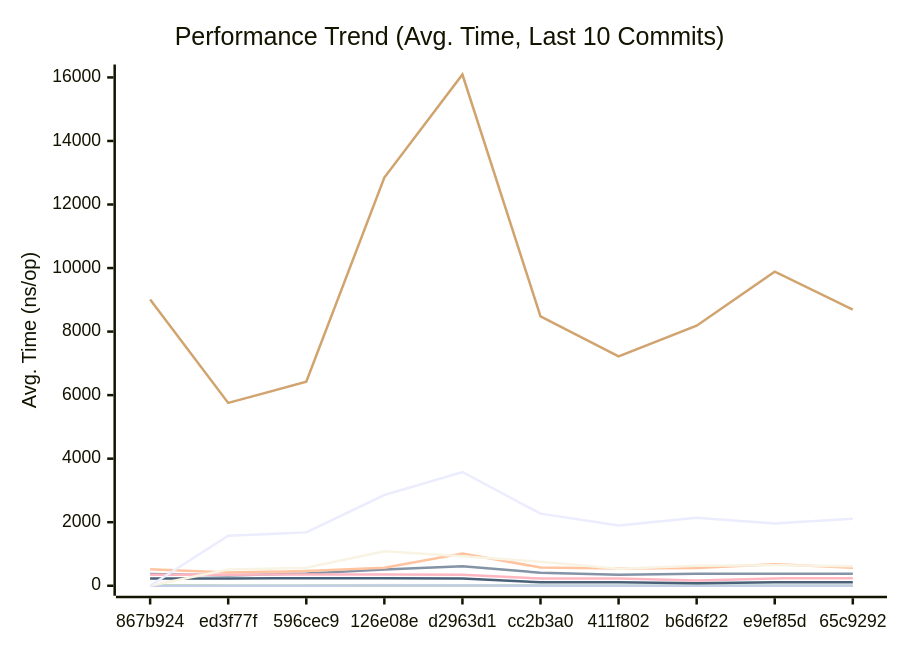
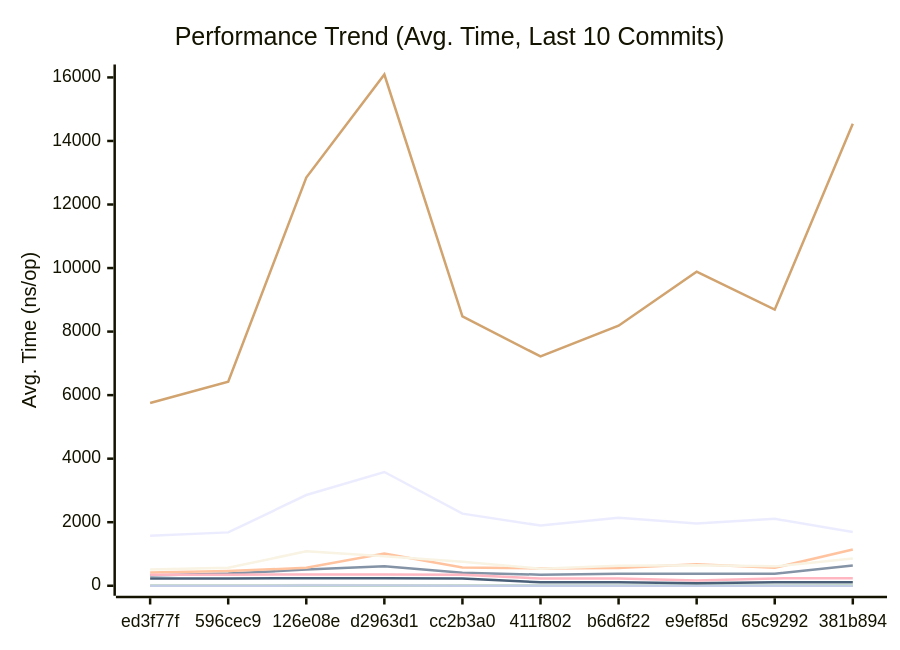
The first of 3 diagrams in docs/PERFORMANCE.md (alsotoes/momo), drawn with Mermaid before and after one commit. The commit also changed other lines of this file and 2 other files, not shown here.

Commit message:
fix: log error when removing metadata for orphaned blob (#605)

````diff
--- a/docs/PERFORMANCE.md
+++ b/docs/PERFORMANCE.md
@@ -128,18 +128,18 @@
 ```mermaid
 xychart-beta
     title "Performance Trend (Avg. Time, Last 10 Commits)"
     x-axis "Commit"
     y-axis "Avg. Time (ns/op)"
-    x-axis [867b924,ed3f77f,596cec9,126e08e,d2963d1,cc2b3a0,411f802,b6d6f22,e9ef85d,65c9292]
-    line "CheckMetricsAndSwap" [13,8,9,22,17,13,11,11,9,9]
-    line "CrushOptimized" [367,326,382,508,611,411,349,375,375,377]
-    line "CrushOriginal" [518,416,464,564,1014,574,546,560,677,563]
-    line "IndexDirectTracking" [1,0,0,1,1,0,0,0,1,0]
-    line "IndexSearch" [4,2,2,2,3,2,2,2,2,2]
-    line "LoadGlobalConfig" [9009,5754,6420,12850,16092,8480,7218,8185,9886,8691]
-    line "PadString" [3,2,3,4,4,3,2,3,3,3]
+    x-axis [ed3f77f,596cec9,126e08e,d2963d1,cc2b3a0,411f802,b6d6f22,e9ef85d,65c9292,381b894]
+    line "CheckMetricsAndSwap" [8,9,22,17,13,11,11,9,9,14]
+    line "CrushOptimized" [326,382,508,611,411,349,375,375,377,635]
+    line "CrushOriginal" [416,464,564,1014,574,546,560,677,563,1141]
+    line "IndexDirectTracking" [0,0,1,1,0,0,0,1,0,1]
+    line "IndexSearch" [2,2,2,3,2,2,2,2,2,4]
+    line "LoadGlobalConfig" [5754,6420,12850,16092,8480,7218,8185,9886,8691,14541]
+    line "PadString" [2,3,4,4,3,2,3,3,3,3]
     line "ParseReplicationOrder_NoPrealloc" [350,349,357,354,345,225,229,165,232,234]
     line "ParseReplicationOrder_Prealloc" [229,231,237,234,229,108,107,80,110,109]
-    line "SanitizeLog/Safe" [0,510,564,1086,932,759,535,626,647,610]
-    line "SanitizeLog/Unsafe" [0,1574,1680,2855,3581,2269,1896,2138,1962,2106]
+    line "SanitizeLog/Safe" [510,564,1086,932,759,535,626,647,610,855]
+    line "SanitizeLog/Unsafe" [1574,1680,2855,3581,2269,1896,2138,1962,2106,1691]
 ```
````
